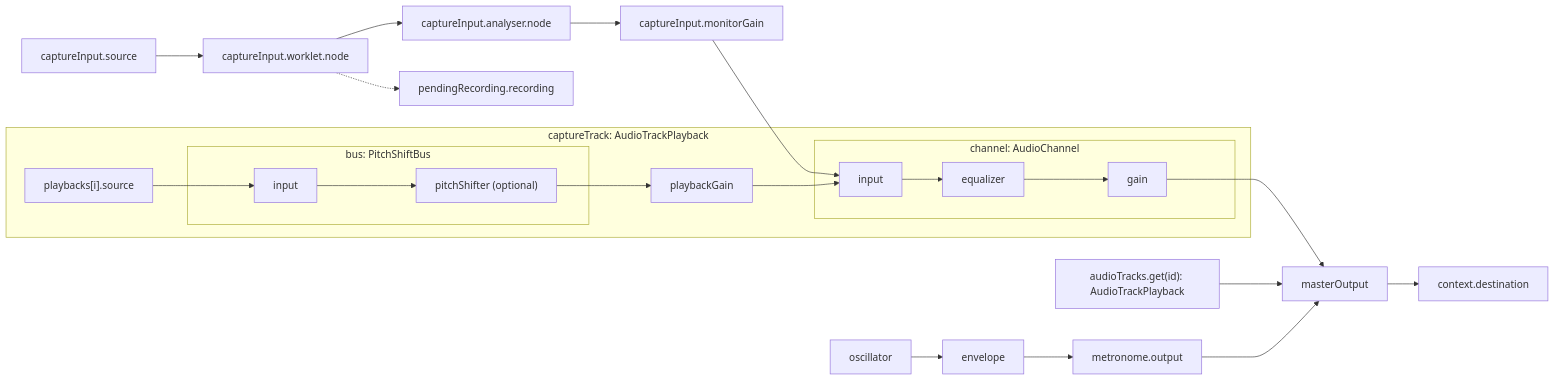
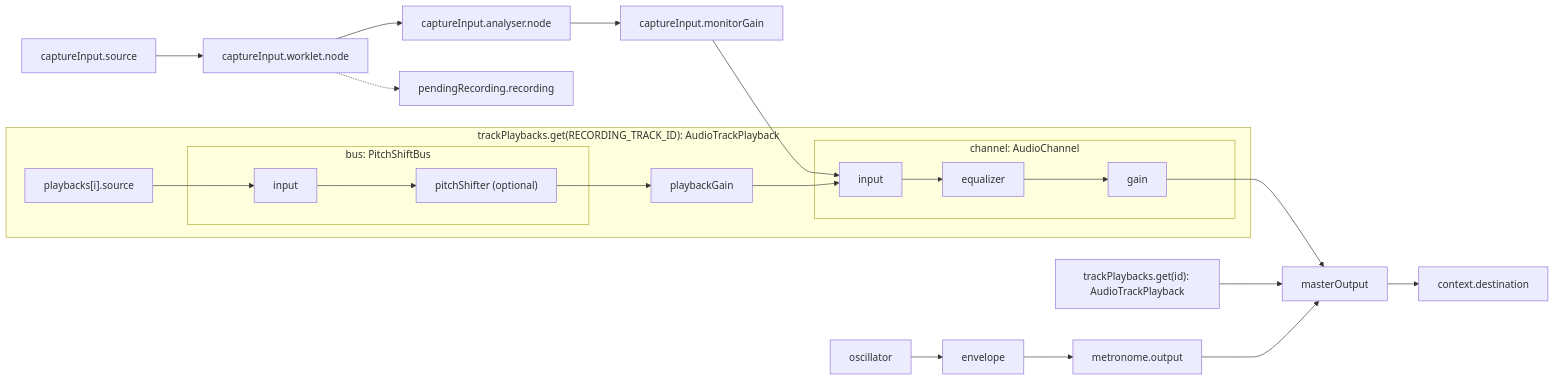
Before and after one commit to hi-ogawa/toy-midi: the diagram in src/lib/recorder/README.md, drawn with Mermaid. The commit also changed 2 other files, not shown here.

Commit message:
refactor: share recorder track playback map with capture
Claude-Session: https://claude.ai/code/session_01GbHG7BkMV3VyQCDGy7i3bt

````diff
--- a/src/lib/recorder/README.md
+++ b/src/lib/recorder/README.md
@@ -5,28 +5,28 @@
 ```mermaid
 flowchart LR
     captureSource["captureInput.source"] --> captureWorklet["captureInput.worklet.node"]
     captureWorklet -.-> recording["pendingRecording.recording"]
     captureWorklet --> analyser["captureInput.analyser.node"]
     analyser --> monitorGain["captureInput.monitorGain"]
     monitorGain --> captureInput
 
-    subgraph captureTrack["captureTrack: AudioTrackPlayback"]
+    subgraph captureTrack["trackPlaybacks.get(RECORDING_TRACK_ID): AudioTrackPlayback"]
         takeSource["playbacks[i].source"] --> takeBusInput
         subgraph takePitchShiftBus["bus: PitchShiftBus"]
             takeBusInput["input"] --> takePitchShifter["pitchShifter (optional)"]
         end
         takePitchShifter --> takePlaybackGain["playbackGain"]
         takePlaybackGain --> captureInput
         subgraph captureChannel["channel: AudioChannel"]
             captureInput["input"] --> captureEqualizer["equalizer"]
             captureEqualizer --> captureGain["gain"]
         end
     end
 
     captureGain --> masterOutput["masterOutput"]
-    audioTrack["audioTracks.get(id): AudioTrackPlayback"] --> masterOutput
+    audioTrack["trackPlaybacks.get(id): AudioTrackPlayback"] --> masterOutput
     oscillator["oscillator"] --> envelope["envelope"]
     envelope --> metronomeOutput["metronome.output"]
     metronomeOutput --> masterOutput
     masterOutput --> destination["context.destination"]
 ```
````
